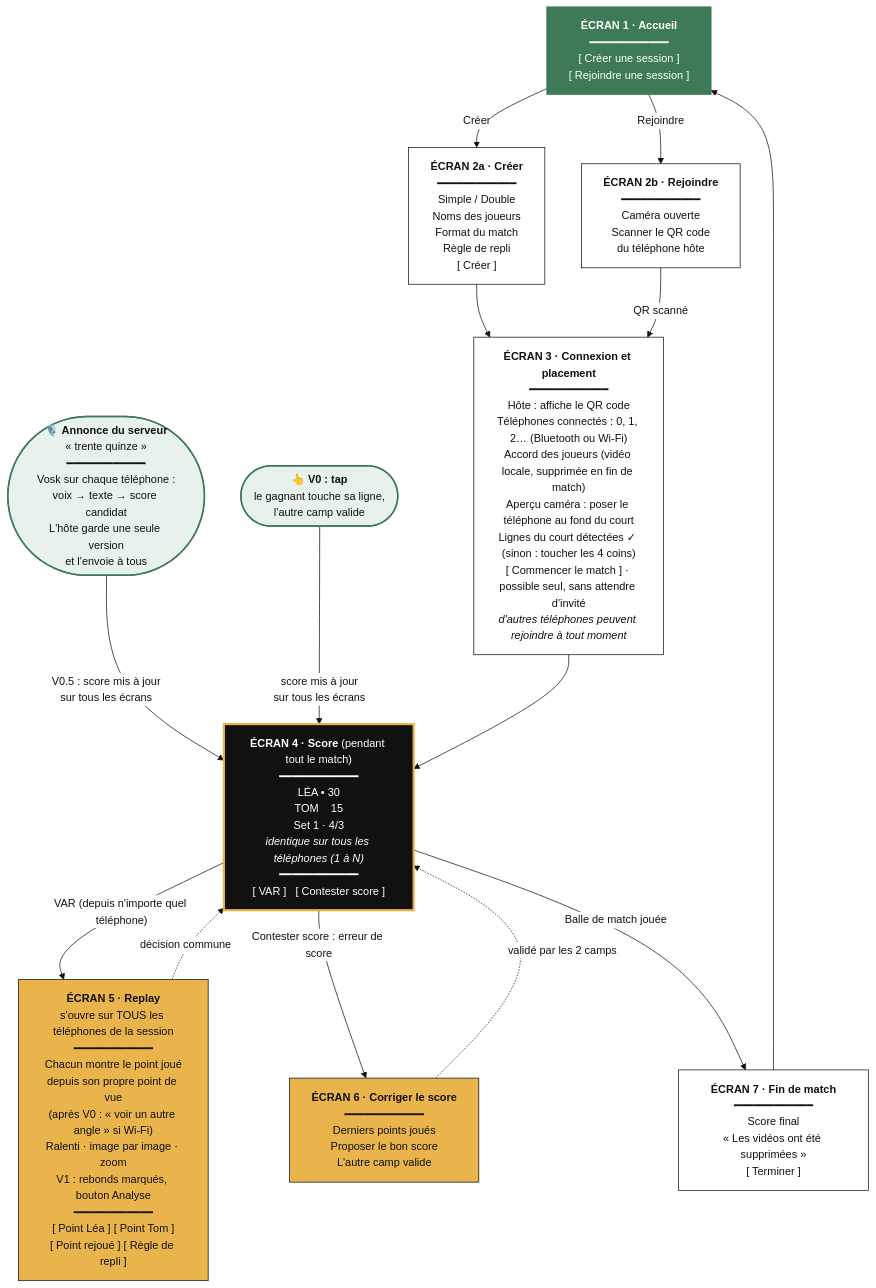
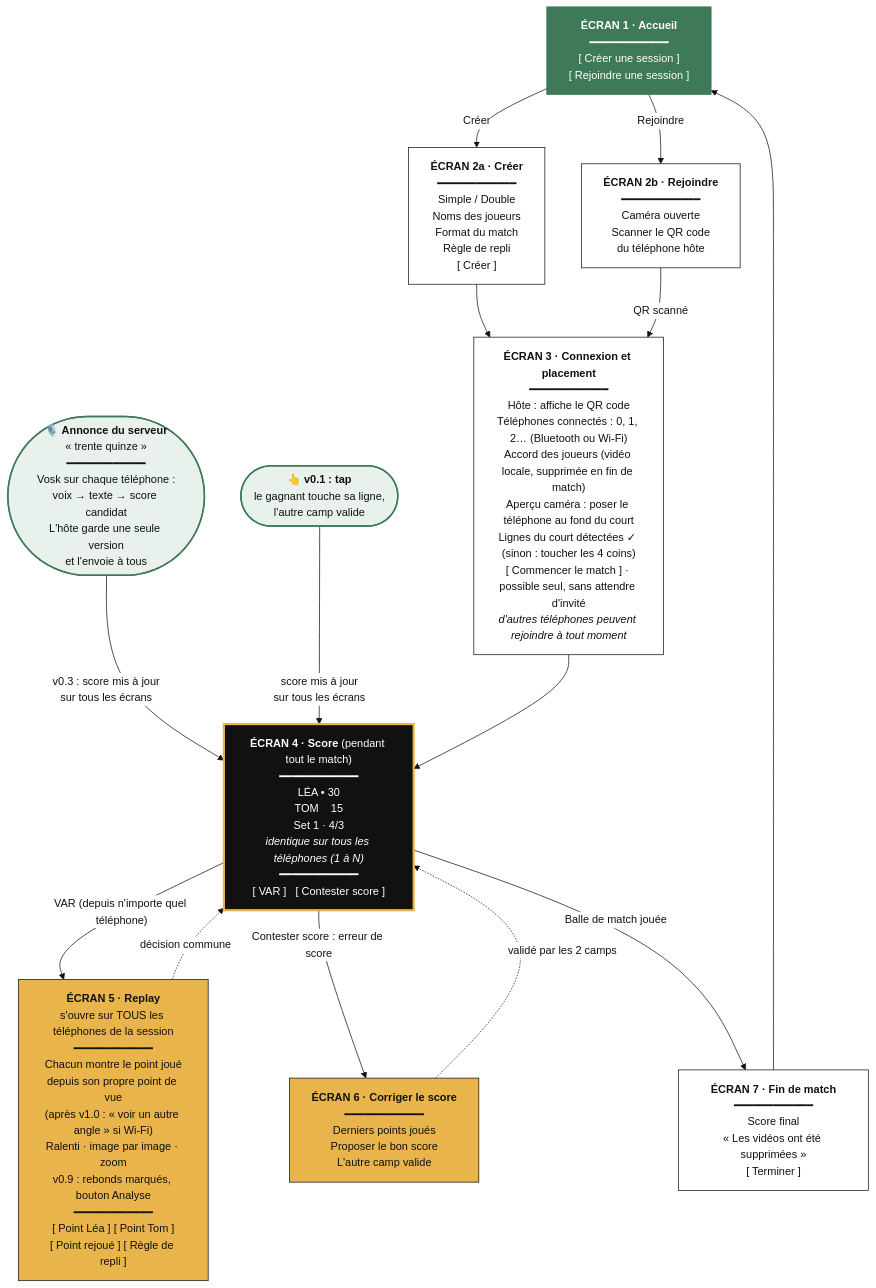
Before and after one commit to B0TAstro/temoin: the diagram in docs/schemas/parcours.mmd, drawn with Mermaid. The commit also changed 5 other files, not shown here.

First line of the commit message:
docs: split the roadmap into small releases from v0.0 to v1.0

```diff
--- a/docs/schemas/parcours.mmd
+++ b/docs/schemas/parcours.mmd
@@ -1,44 +1,44 @@
 %%{init: {'theme':'base','themeVariables':{'fontFamily':'Helvetica, Arial','fontSize':'15px','primaryColor':'#FFFFFF','primaryTextColor':'#111111','primaryBorderColor':'#111111','lineColor':'#111111'}}}%%
 flowchart TB
   E1["<b>ÉCRAN 1 · Accueil</b><br/>━━━━━━━━━━━━<br/>[ Créer une session ]<br/>[ Rejoindre une session ]"]
 
   E2A["<b>ÉCRAN 2a · Créer</b><br/>━━━━━━━━━━━━<br/>Simple / Double<br/>Noms des joueurs<br/>Format du match<br/>Règle de repli<br/>[ Créer ]"]
   E2B["<b>ÉCRAN 2b · Rejoindre</b><br/>━━━━━━━━━━━━<br/>Caméra ouverte<br/>Scanner le QR code<br/>du téléphone hôte"]
 
   E3["<b>ÉCRAN 3 · Connexion et placement</b><br/>━━━━━━━━━━━━<br/>Hôte : affiche le QR code<br/>Téléphones connectés : 0, 1, 2… (Bluetooth ou Wi-Fi)<br/>Accord des joueurs (vidéo locale, supprimée en fin de match)<br/>Aperçu caméra : poser le téléphone au fond du court<br/>Lignes du court détectées ✓ (sinon : toucher les 4 coins)<br/>[ Commencer le match ] · possible seul, sans attendre d'invité<br/><i>d'autres téléphones peuvent rejoindre à tout moment</i>"]
 
   E4["<b>ÉCRAN 4 · Score</b> (pendant tout le match)<br/>━━━━━━━━━━━━<br/>LÉA • 30<br/>TOM    15<br/>Set 1 · 4/3<br/><i>identique sur tous les téléphones (1 à N)</i><br/>━━━━━━━━━━━━<br/>[ VAR ]   [ Contester score ]"]
 
-  E5["<b>ÉCRAN 5 · Replay</b><br/>s'ouvre sur TOUS les téléphones de la session<br/>━━━━━━━━━━━━<br/>Chacun montre le point joué<br/>depuis son propre point de vue<br/>(après V0 : « voir un autre angle » si Wi-Fi)<br/>Ralenti · image par image · zoom<br/>V1 : rebonds marqués, bouton Analyse<br/>━━━━━━━━━━━━<br/>[ Point Léa ] [ Point Tom ]<br/>[ Point rejoué ] [ Règle de repli ]"]
+  E5["<b>ÉCRAN 5 · Replay</b><br/>s'ouvre sur TOUS les téléphones de la session<br/>━━━━━━━━━━━━<br/>Chacun montre le point joué<br/>depuis son propre point de vue<br/>(après v1.0 : « voir un autre angle » si Wi-Fi)<br/>Ralenti · image par image · zoom<br/>v0.9 : rebonds marqués, bouton Analyse<br/>━━━━━━━━━━━━<br/>[ Point Léa ] [ Point Tom ]<br/>[ Point rejoué ] [ Règle de repli ]"]
 
   E6["<b>ÉCRAN 6 · Corriger le score</b><br/>━━━━━━━━━━━━<br/>Derniers points joués<br/>Proposer le bon score<br/>L'autre camp valide"]
 
   VOIX(["🎙️ <b>Annonce du serveur</b><br/>« trente quinze »<br/>━━━━━━━━━━━━<br/>Vosk sur chaque téléphone :<br/>voix → texte → score candidat<br/>L'hôte garde une seule version<br/>et l'envoie à tous"])
-  TAP(["👆 <b>V0 : tap</b><br/>le gagnant touche sa ligne,<br/>l'autre camp valide"])
+  TAP(["👆 <b>v0.1 : tap</b><br/>le gagnant touche sa ligne,<br/>l'autre camp valide"])
 
   E7["<b>ÉCRAN 7 · Fin de match</b><br/>━━━━━━━━━━━━<br/>Score final<br/>« Les vidéos ont été supprimées »<br/>[ Terminer ]"]
 
-  VOIX -- "V0.5 : score mis à jour<br/>sur tous les écrans" --> E4
+  VOIX -- "v0.3 : score mis à jour<br/>sur tous les écrans" --> E4
   TAP -- "score mis à jour<br/>sur tous les écrans" --> E4
   E1 -- "Créer" --> E2A
   E1 -- "Rejoindre" --> E2B
   E2A --> E3
   E2B -- "QR scanné" --> E3
   E3 --> E4
   E4 -- "VAR (depuis n'importe quel téléphone)" --> E5
   E4 -- "Contester score : erreur de score" --> E6
   E5 -. "décision commune" .-> E4
   E6 -. "validé par les 2 camps" .-> E4
   E4 -- "Balle de match jouée" --> E7
   E7 --> E1
 
   classDef home fill:#3E7A57,stroke:#3E7A57,color:#FFFFFF
   classDef match fill:#111111,stroke:#E9B44C,stroke-width:3px,color:#FFFFFF
   classDef var fill:#E9B44C,stroke:#111111,color:#111111
   classDef std fill:#FFFFFF,stroke:#111111,color:#111111
   class E1 home
   class E4 match
   class E5,E6 var
   class E2A,E2B,E3,E7 std
   classDef input fill:#E8F1EC,stroke:#3E7A57,stroke-width:2px,color:#111111
   class VOIX,TAP input
```
